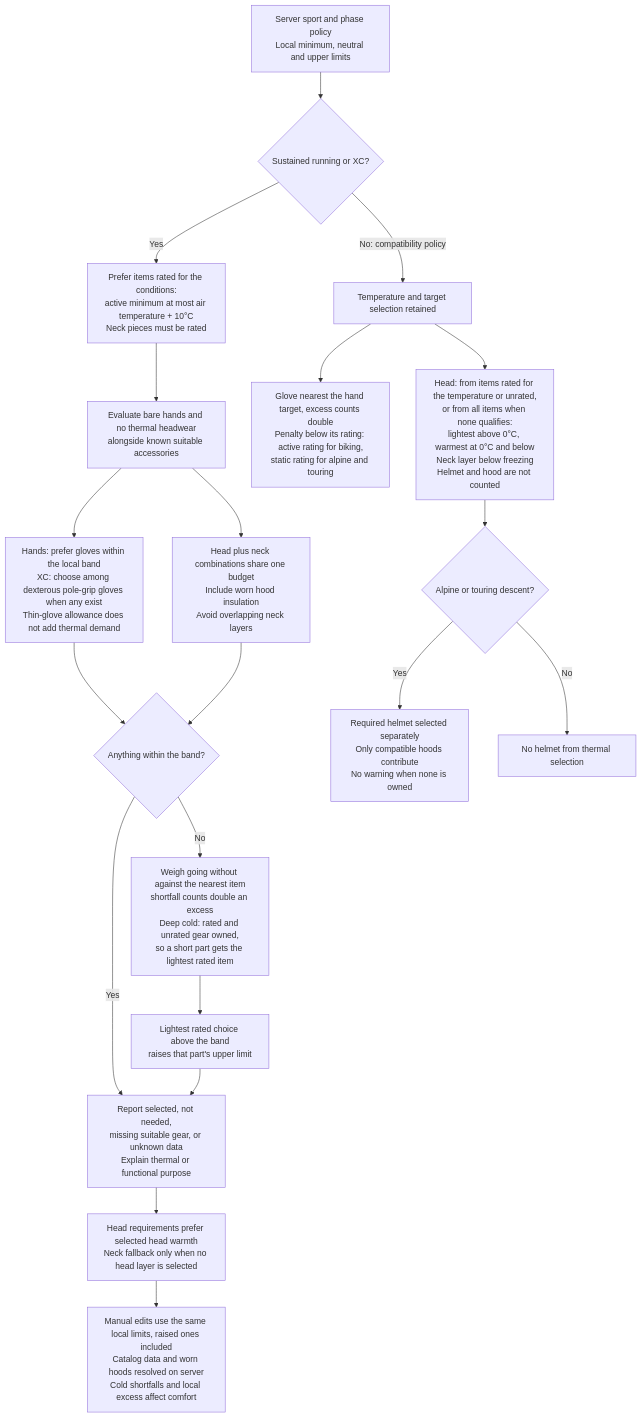
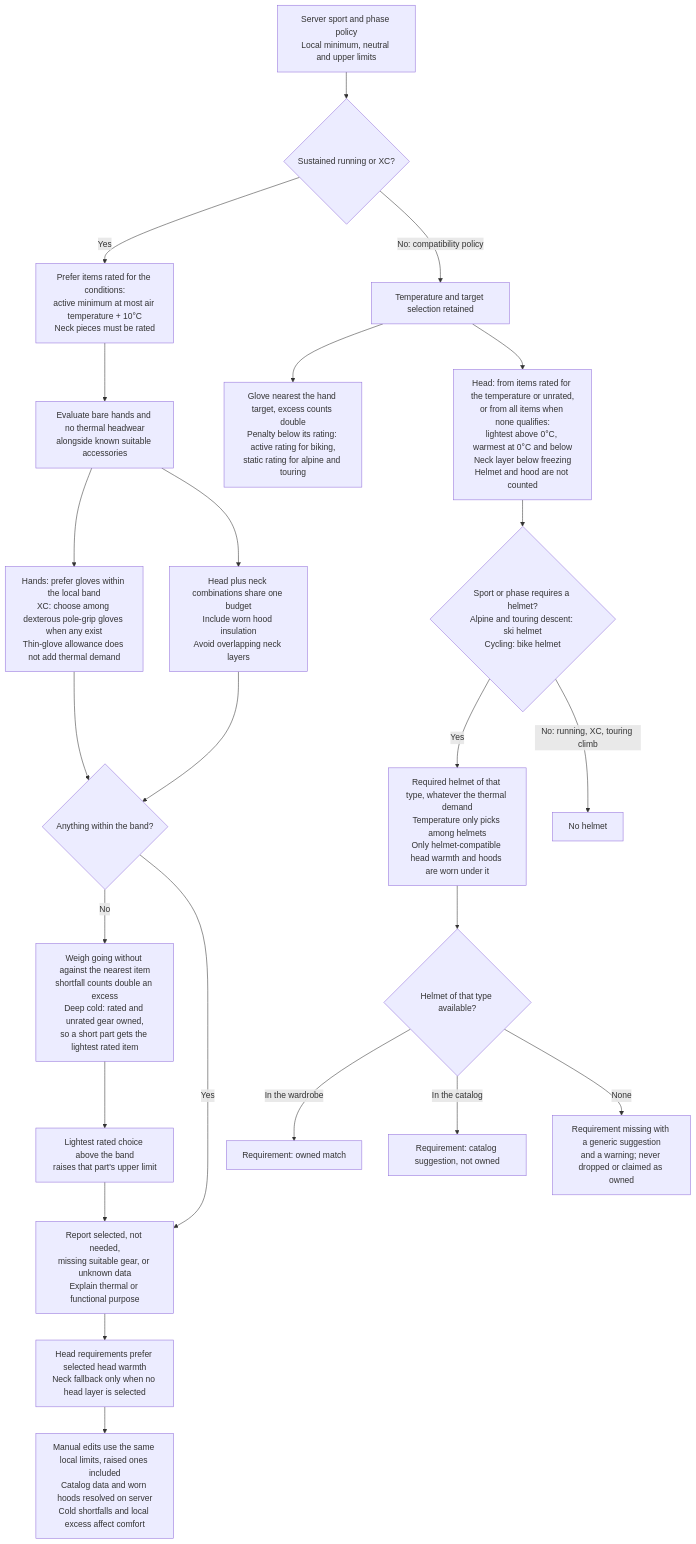
The sixth of 7 diagrams in README.md (derobertsw/swttr), drawn with Mermaid before and after one commit. The commit also changed other lines of this file and 19 other files, not shown here.

First line of the commit message:
Report missing required helmets and add a bike helmet for cycling (#373) (#389)

````diff
--- a/README.md
+++ b/README.md
@@ -280,22 +281,26 @@
 ```mermaid
 graph TD
     EXT[Server sport and phase policy<br/>Local minimum, neutral and upper limits] --> MODE{Sustained running or XC?}
     MODE -->|Yes| RATED[Prefer items rated for the conditions:<br/>active minimum at most air temperature + 10°C<br/>Neck pieces must be rated]
     RATED --> BARE[Evaluate bare hands and no thermal headwear<br/>alongside known suitable accessories]
     BARE --> HAND[Hands: prefer gloves within the local band<br/>XC: choose among dexterous pole-grip gloves when any exist<br/>Thin-glove allowance does not add thermal demand]
     BARE --> HEAD[Head plus neck combinations share one budget<br/>Include worn hood insulation<br/>Avoid overlapping neck layers]
     HAND --> FIT{Anything within the band?}
     HEAD --> FIT
     FIT -->|No| NEAREST[Weigh going without against the nearest item<br/>shortfall counts double an excess<br/>Deep cold: rated and unrated gear owned,<br/>so a short part gets the lightest rated item]
     NEAREST --> LIMIT[Lightest rated choice above the band<br/>raises that part's upper limit]
     FIT -->|Yes| STATE
     LIMIT --> STATE[Report selected, not needed,<br/>missing suitable gear, or unknown data<br/>Explain thermal or functional purpose]
     STATE --> MATCH[Head requirements prefer selected head warmth<br/>Neck fallback only when no head layer is selected]
     MATCH --> EDIT[Manual edits use the same local limits, raised ones included<br/>Catalog data and worn hoods resolved on server<br/>Cold shortfalls and local excess affect comfort]
     MODE -->|No: compatibility policy| LEGACY[Temperature and target selection retained]
     LEGACY --> LHAND[Glove nearest the hand target, excess counts double<br/>Penalty below its rating: active rating for biking,<br/>static rating for alpine and touring]
     LEGACY --> LHEAD[Head: from items rated for the temperature or unrated,<br/>or from all items when none qualifies:<br/>lightest above 0°C, warmest at 0°C and below<br/>Neck layer below freezing<br/>Helmet and hood are not counted]
-    LHEAD --> HELMET{Alpine or touring descent?}
-    HELMET -->|Yes| REQUIRED[Required helmet selected separately<br/>Only compatible hoods contribute<br/>No warning when none is owned]
-    HELMET -->|No| NOHELMET[No helmet from thermal selection]
+    LHEAD --> HELMET{Sport or phase requires a helmet?<br/>Alpine and touring descent: ski helmet<br/>Cycling: bike helmet}
+    HELMET -->|Yes| REQUIRED[Required helmet of that type, whatever the thermal demand<br/>Temperature only picks among helmets<br/>Only helmet-compatible head warmth and hoods are worn under it]
+    HELMET -->|No: running, XC, touring climb| NOHELMET[No helmet]
+    REQUIRED --> HREQ{Helmet of that type available?}
+    HREQ -->|In the wardrobe| HOWNED[Requirement: owned match]
+    HREQ -->|In the catalog| HCAT[Requirement: catalog suggestion, not owned]
+    HREQ -->|None| HMISS[Requirement missing with a generic suggestion<br/>and a warning; never dropped or claimed as owned]
 ```
````
